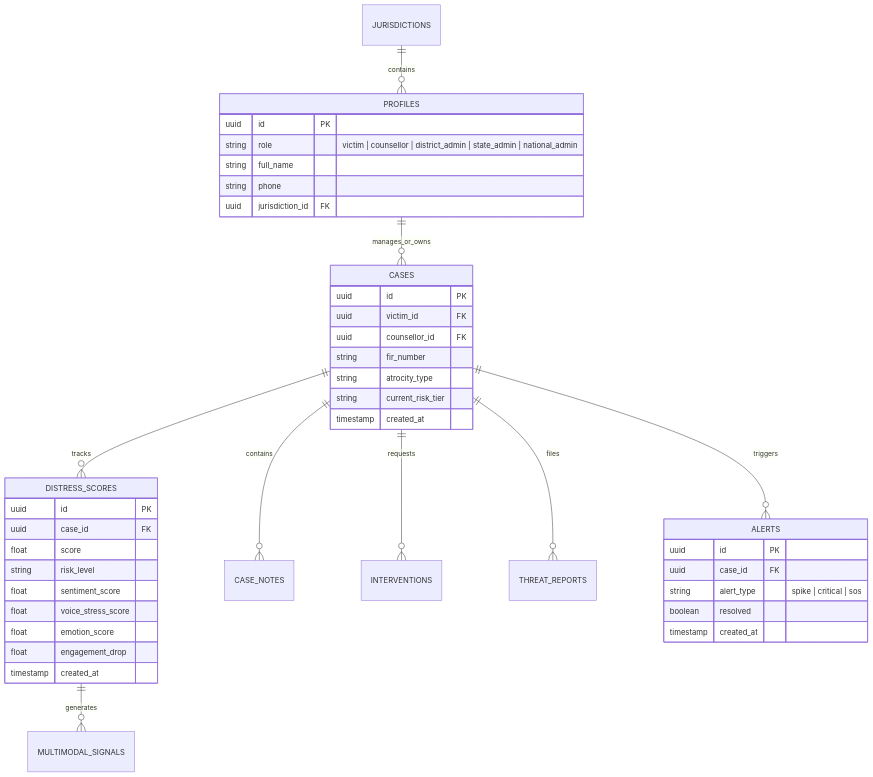
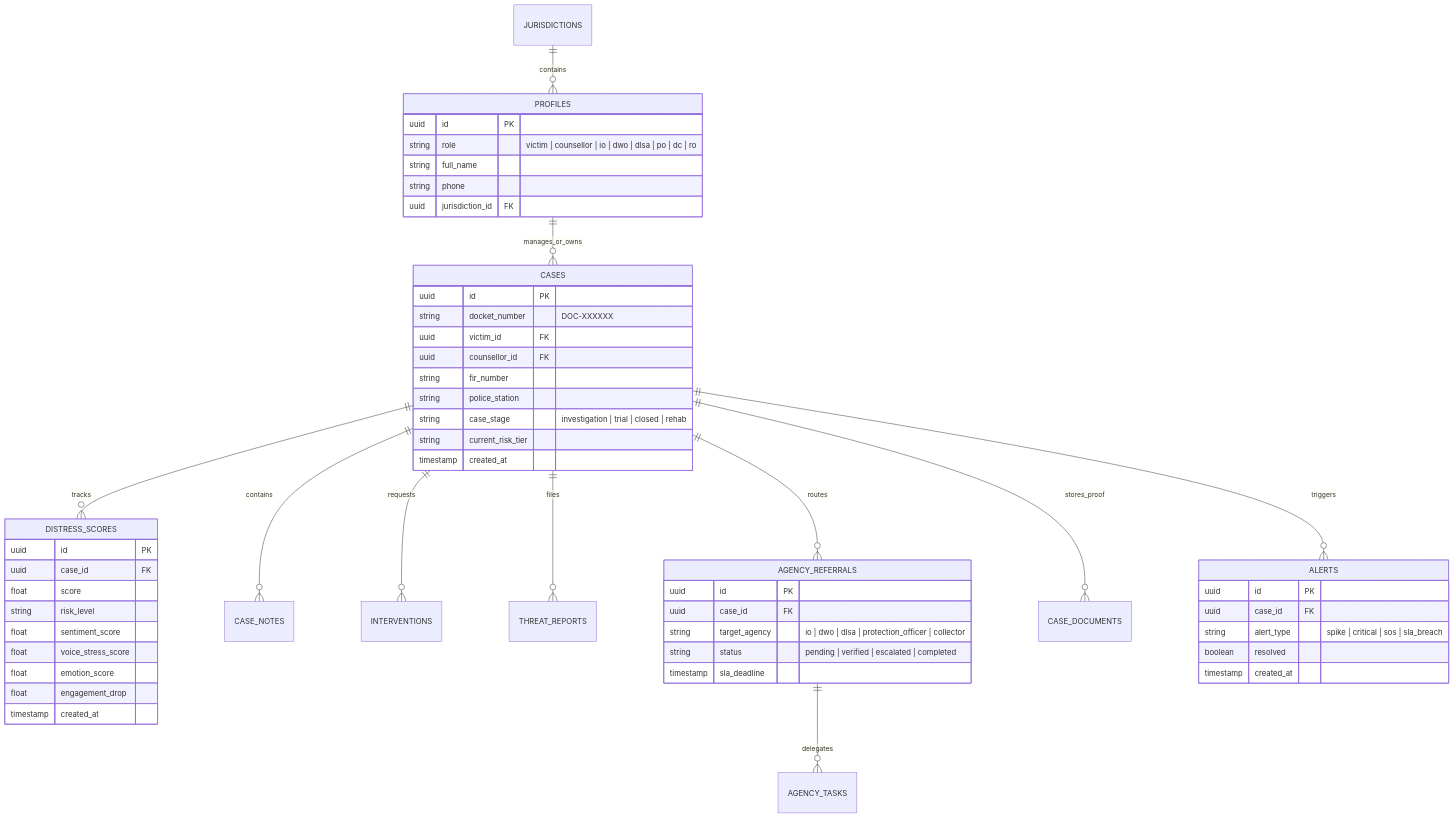
The seventh of 7 diagrams in Mansakha/README.md (Ganga9115/Mansakha), drawn with Mermaid before and after one commit. The commit also changed other lines of this file, not shown here.

````diff
--- a/Mansakha/README.md
+++ b/Mansakha/README.md
@@ -307,49 +327,61 @@
 ```mermaid
 erDiagram
     JURISDICTIONS ||--o{ PROFILES : contains
     PROFILES ||--o{ CASES : manages_or_owns
     CASES ||--o{ DISTRESS_SCORES : tracks
     CASES ||--o{ CASE_NOTES : contains
     CASES ||--o{ INTERVENTIONS : requests
     CASES ||--o{ THREAT_REPORTS : files
-    DISTRESS_SCORES ||--o{ MULTIMODAL_SIGNALS : generates
+    CASES ||--o{ AGENCY_REFERRALS : routes
+    CASES ||--o{ CASE_DOCUMENTS : stores_proof
     CASES ||--o{ ALERTS : triggers
+    AGENCY_REFERRALS ||--o{ AGENCY_TASKS : delegates
 
     PROFILES {
         uuid id PK
-        string role "victim | counsellor | district_admin | state_admin | national_admin"
+        string role "victim | counsellor | io | dwo | dlsa | po | dc | ro"
         string full_name
         string phone
         uuid jurisdiction_id FK
     }
 
     CASES {
         uuid id PK
+        string docket_number "DOC-XXXXXX"
         uuid victim_id FK
         uuid counsellor_id FK
         string fir_number
-        string atrocity_type
+        string police_station
+        string case_stage "investigation | trial | closed | rehab"
         string current_risk_tier
         timestamp created_at
+    }
+
+    AGENCY_REFERRALS {
+        uuid id PK
+        uuid case_id FK
+        string target_agency "io | dwo | dlsa | protection_officer | collector"
+        string status "pending | verified | escalated | completed"
+        timestamp sla_deadline
     }
 
     DISTRESS_SCORES {
         uuid id PK
         uuid case_id FK
         float score
         string risk_level
         float sentiment_score
         float voice_stress_score
         float emotion_score
         float engagement_drop
         timestamp created_at
     }
 
     ALERTS {
         uuid id PK
         uuid case_id FK
-        string alert_type "spike | critical | sos"
+        string alert_type "spike | critical | sos | sla_breach"
         boolean resolved
         timestamp created_at
     }
 ```
````
